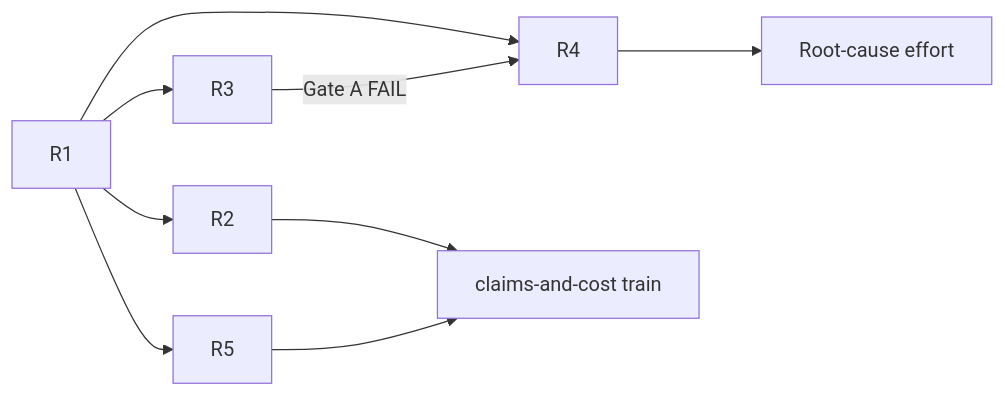
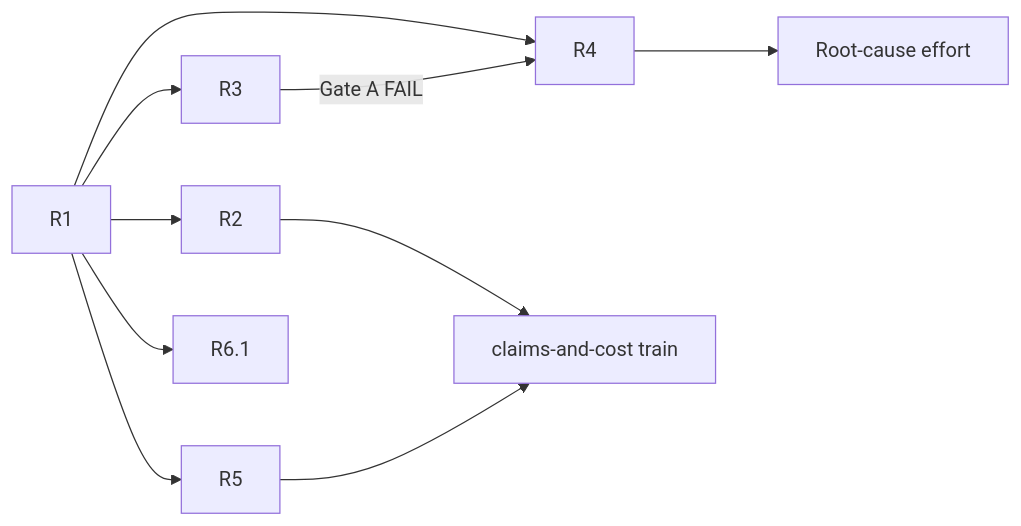
One commit to Mathews-Tom/archex changed the second of 3 diagrams in .docs/DEVELOPMENT_PLAN.md. Above: the diagram before and after it, drawn with Mermaid. The commit also changed other lines of this file and 1 other file, not shown here.

````diff
--- a/.docs/DEVELOPMENT_PLAN.md
+++ b/.docs/DEVELOPMENT_PLAN.md
@@ -401,11 +421,12 @@
 ```mermaid
 graph LR
   R1 --> R2
   R1 --> R3
   R1 --> R4
   R1 --> R5
+  R1 --> R6_1[R6.1]
   R3 -->|Gate A FAIL| R4
   R4 --> RC[Root-cause effort]
   R2 --> T[claims-and-cost train]
   R5 --> T
 ```
````
